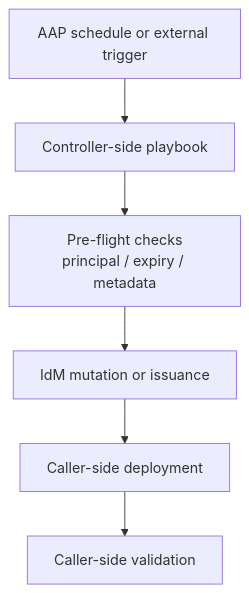
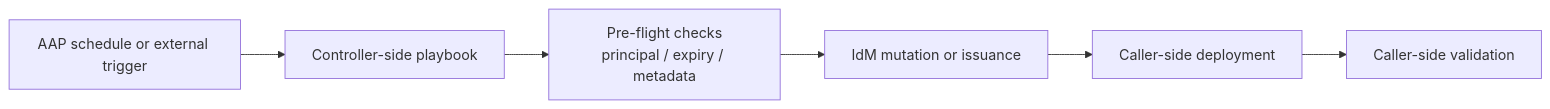
One commit to gprocunier/eigenstate-ipa changed the diagram in docs/rotation-capabilities.md. Above: the diagram before and after it, drawn with Mermaid. The commit also changed 31 other files, not shown here.

Commit message:
docs: release 1.6.4 mermaid layout cleanup

````diff
--- a/docs/rotation-capabilities.md
+++ b/docs/rotation-capabilities.md
@@ -103,11 +103,11 @@
 ```mermaid
-flowchart TD
+flowchart LR
     sched["AAP schedule or external trigger"]
     job["Controller-side playbook"]
     pre["Pre-flight checks\nprincipal / expiry / metadata"]
     mutate["IdM mutation or issuance"]
     deploy["Caller-side deployment"]
     validate["Caller-side validation"]
 
     sched --> job --> pre --> mutate --> deploy --> validate
 ```
````
